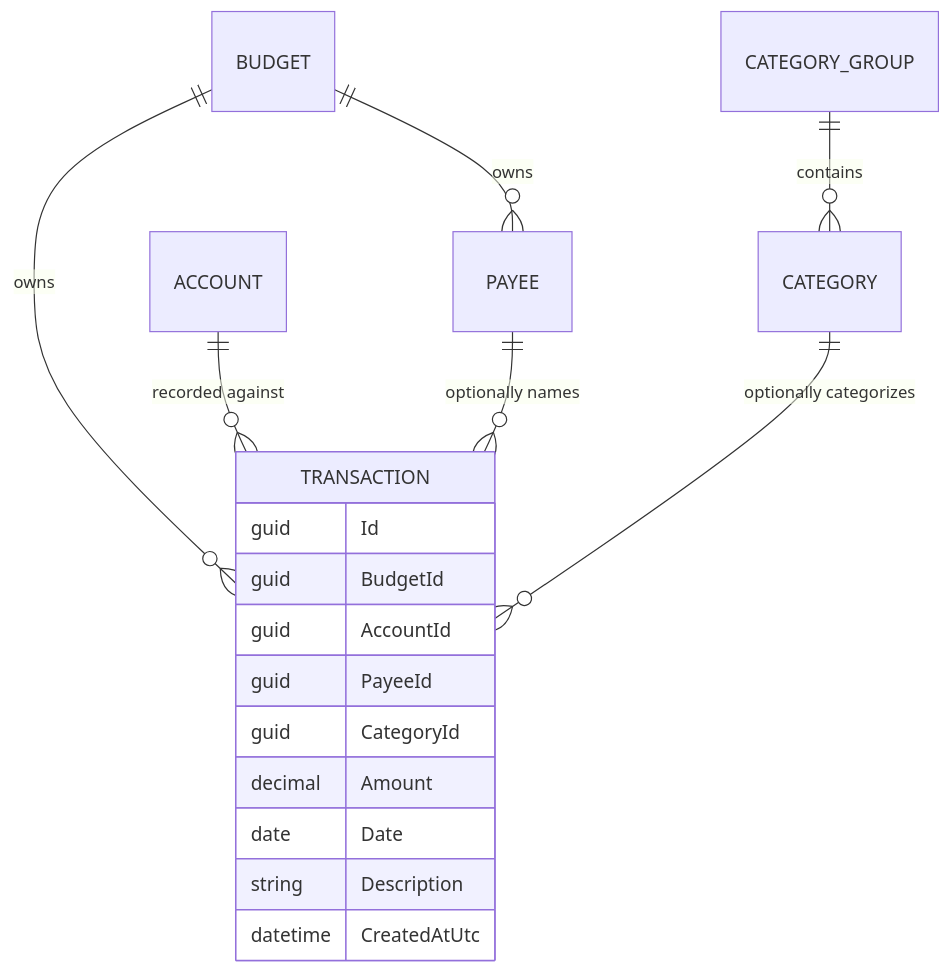
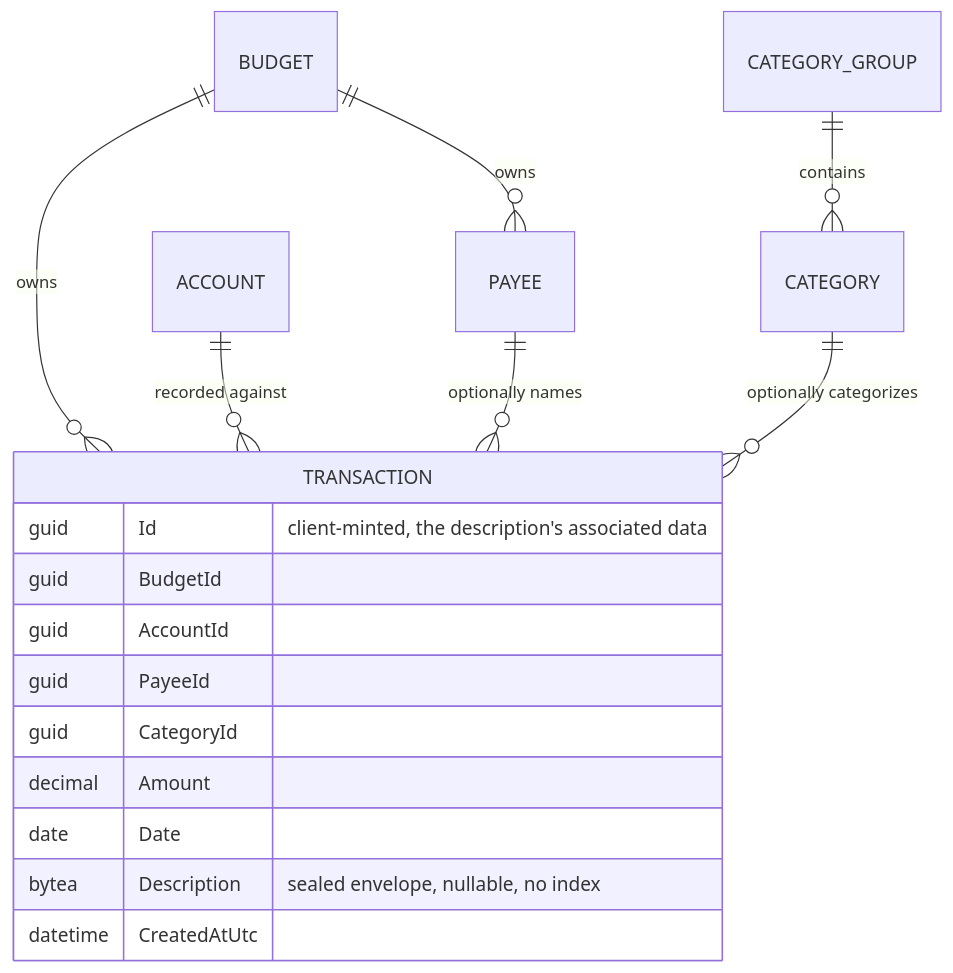
Before and after one commit to anton-kochev/budgetoid: the diagram in docs/business-logic/transactions.md, drawn with Mermaid. The commit also changed other lines of this file and 74 other files, not shown here.

````diff
--- a/docs/business-logic/transactions.md
+++ b/docs/business-logic/transactions.md
@@ -26,20 +39,20 @@
 ```mermaid
 erDiagram
     BUDGET ||--o{ TRANSACTION : owns
     BUDGET ||--o{ PAYEE : owns
     ACCOUNT ||--o{ TRANSACTION : "recorded against"
     PAYEE ||--o{ TRANSACTION : "optionally names"
     CATEGORY ||--o{ TRANSACTION : "optionally categorizes"
     CATEGORY_GROUP ||--o{ CATEGORY : contains
     TRANSACTION {
-        guid Id
+        guid Id "client-minted, the description's associated data"
         guid BudgetId
         guid AccountId
         guid PayeeId
         guid CategoryId
         decimal Amount
         date Date
-        string Description
+        bytea Description "sealed envelope, nullable, no index"
         datetime CreatedAtUtc
     }
 ```
````
